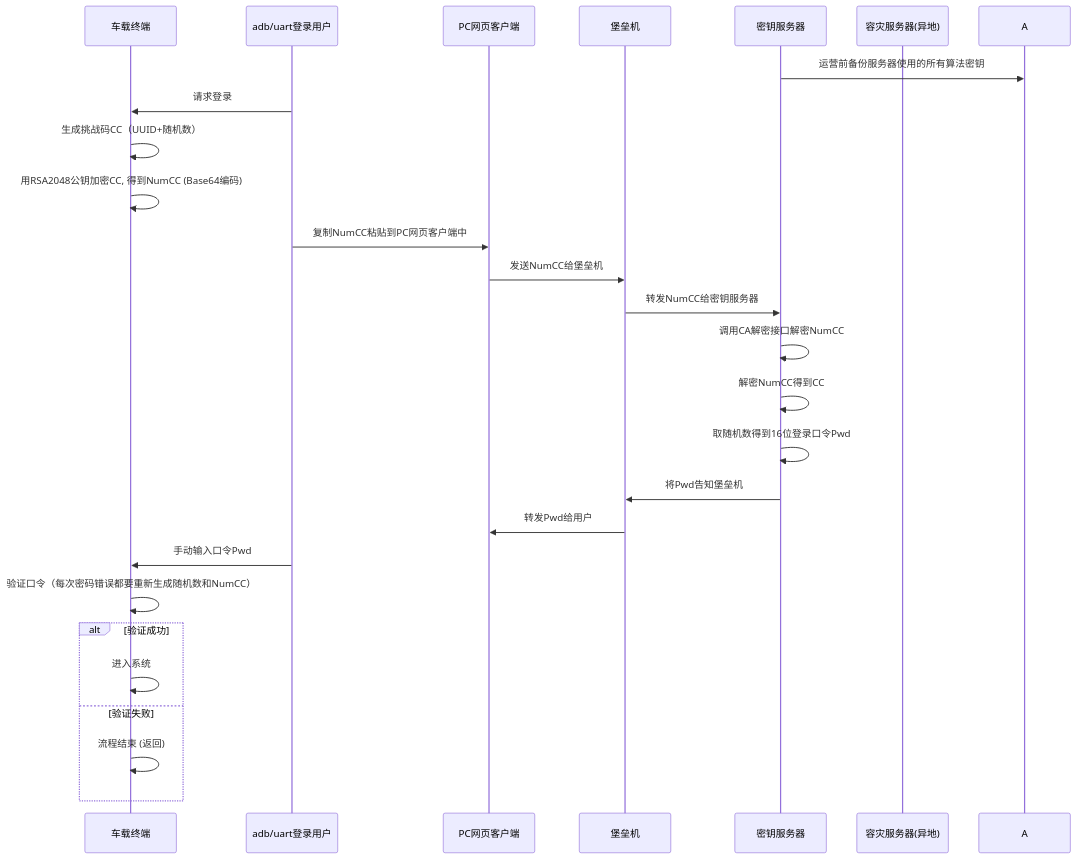
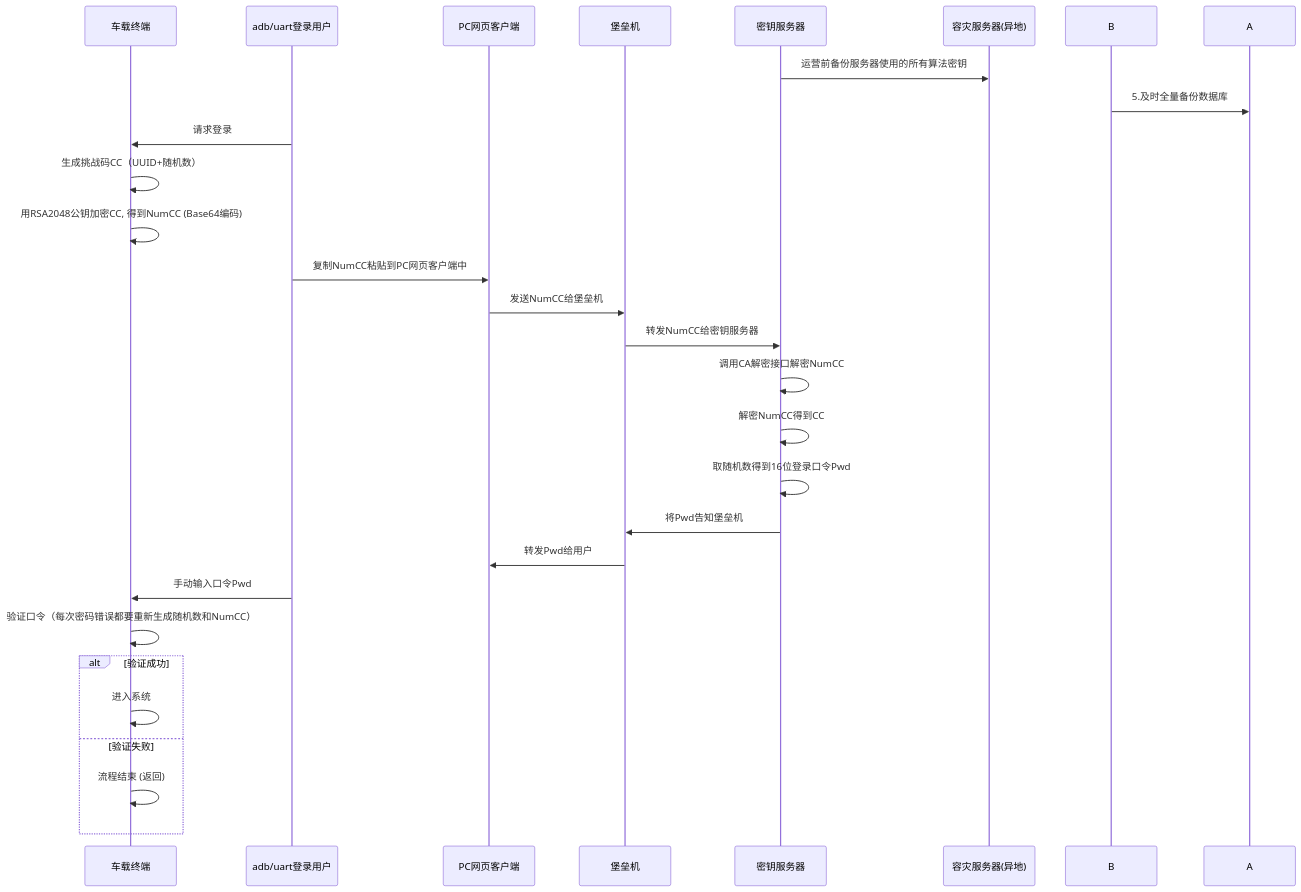
The diagram in all/未命名-19.md (facebook-cloud/iodraw-files), drawn with Mermaid before and after one commit.

Commit message:
2026-03-13 15:37:11 update

````diff
--- a/all/未命名-19.md
+++ b/all/未命名-19.md
@@ -1,31 +1,32 @@
 ```mermaid
 sequenceDiagram
     participant tbox as 车载终端
     participant user as adb/uart登录用户
     participant pc as PC网页客户端
     participant bastion as 堡垒机
     participant tech_center as 密钥服务器
     participant backup as 容灾服务器(异地)
   
-    tech_center->>A: 运营前备份服务器使用的所有算法密钥
+    tech_center->>backup: 运营前备份服务器使用的所有算法密钥
+    B->>A: 5.及时全量备份数据库
     user->>tbox: 请求登录
     tbox->>tbox: 生成挑战码CC（UUID+随机数）
     tbox->>tbox: 用RSA2048公钥加密CC, 得到NumCC (Base64编码)
     user->>pc: 复制NumCC粘贴到PC网页客户端中
     pc->>bastion: 发送NumCC给堡垒机
     bastion->>tech_center: 转发NumCC给密钥服务器
     tech_center->>tech_center: 调用CA解密接口解密NumCC
     tech_center->>tech_center: 解密NumCC得到CC
     tech_center->>tech_center: 取随机数得到16位登录口令Pwd
     tech_center->>bastion: 将Pwd告知堡垒机
     bastion->>pc: 转发Pwd给用户
     user->>tbox: 手动输入口令Pwd
     tbox->>tbox: 验证口令（每次密码错误都要重新生成随机数和NumCC）
     alt 验证成功
         tbox->>tbox: 进入系统
     else 验证失败
         tbox->>tbox: 流程结束 (返回)
     end
 
 
 ```
````
